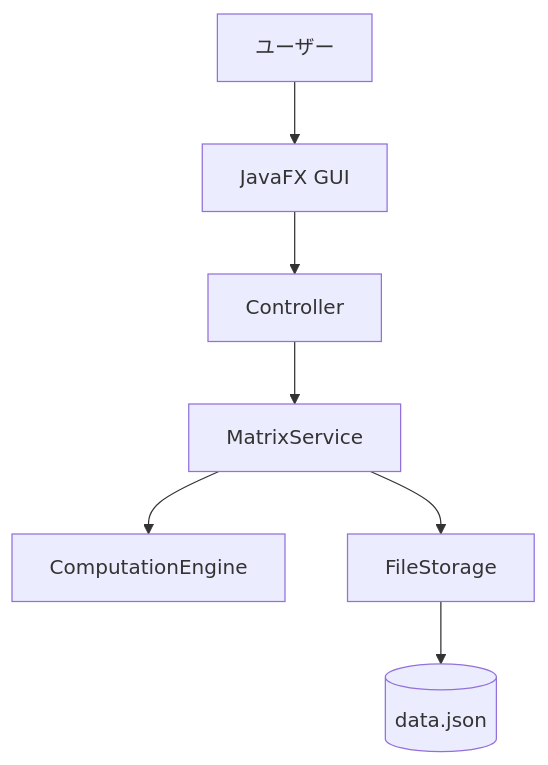
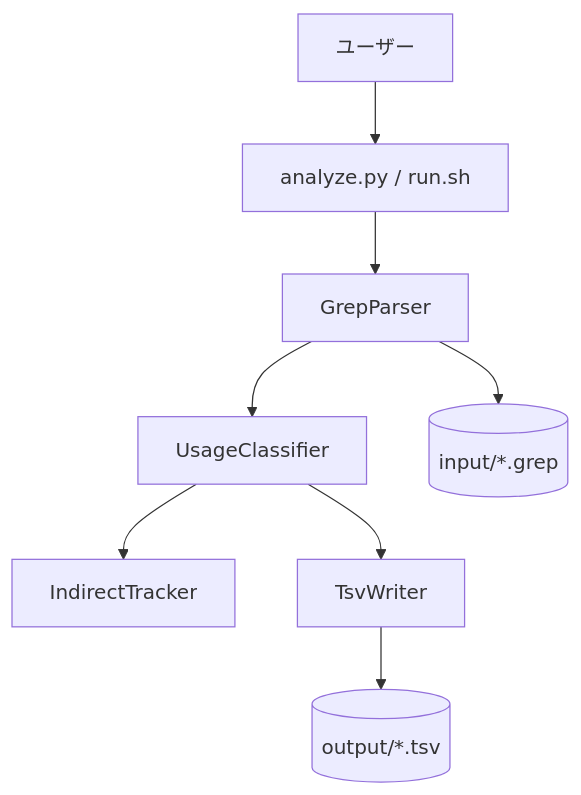
Before and after one commit to AkiraIsozaki/grep_helper: the second of 4 diagrams in .claude/skills/functional-design/guide.md, drawn with Mermaid. The commit also changed other lines of this file and 33 other files, not shown here.

````diff
--- a/.claude/skills/functional-design/guide.md
+++ b/.claude/skills/functional-design/guide.md
@@ -50,17 +50,19 @@
 ```mermaid
 graph TB
     User[ユーザー]
-    UI[JavaFX GUI]
-    Controller[Controller]
-    MatrixService[MatrixService]
-    ComputationEngine[ComputationEngine]
-    FileStorage[FileStorage]
-    JSON[(data.json)]
+    CLI[analyze.py / run.sh]
+    Parser[GrepParser]
+    Classifier[UsageClassifier]
+    Tracker[IndirectTracker]
+    Writer[TsvWriter]
+    Input[(input/*.grep)]
+    Output[(output/*.tsv)]
 
-    User --> UI
-    UI --> Controller
-    Controller --> MatrixService
-    MatrixService --> ComputationEngine
-    MatrixService --> FileStorage
-    FileStorage --> JSON
+    User --> CLI
+    CLI --> Parser
+    Parser --> Input
+    Parser --> Classifier
+    Classifier --> Tracker
+    Classifier --> Writer
+    Writer --> Output
 ```
````
